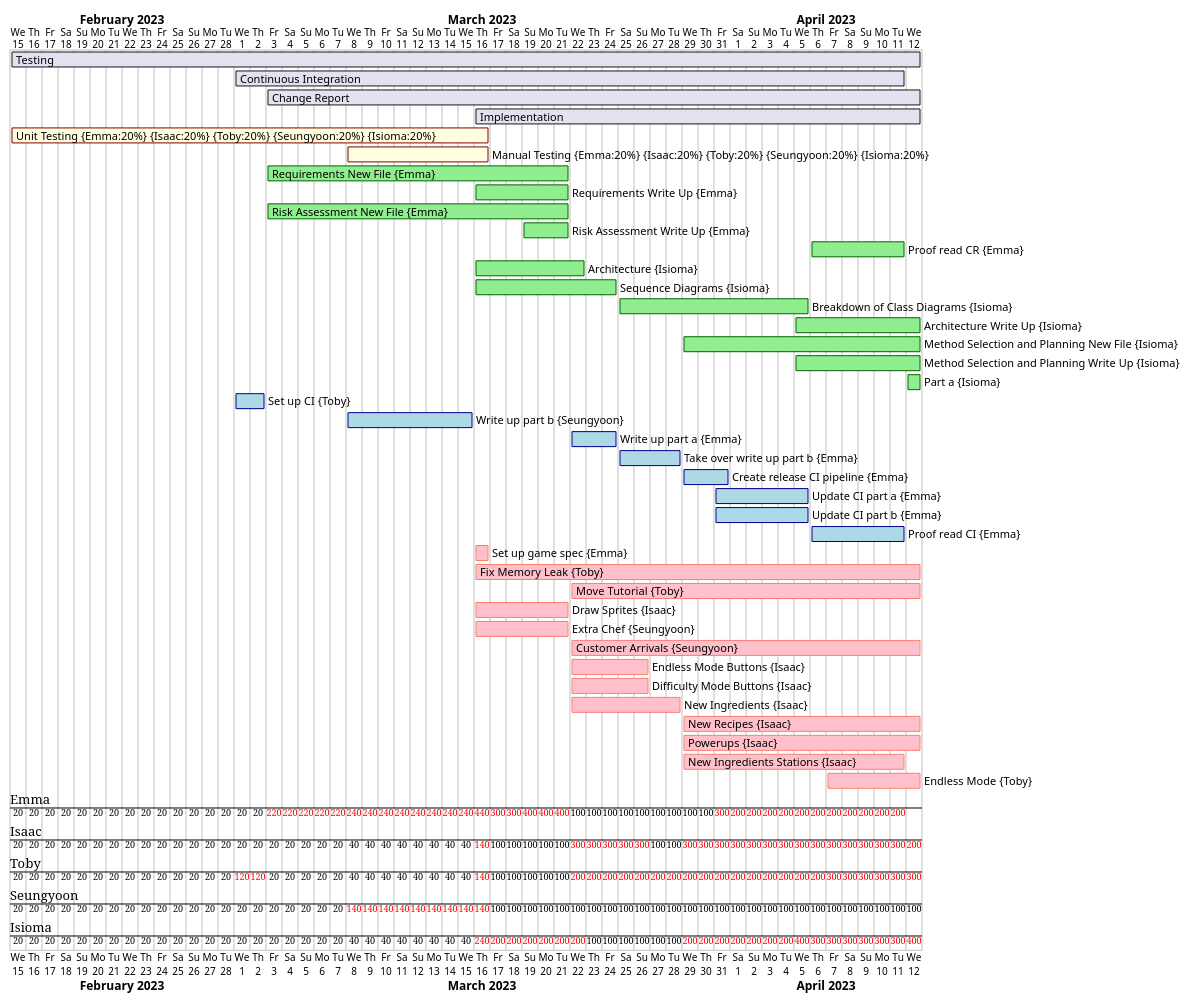
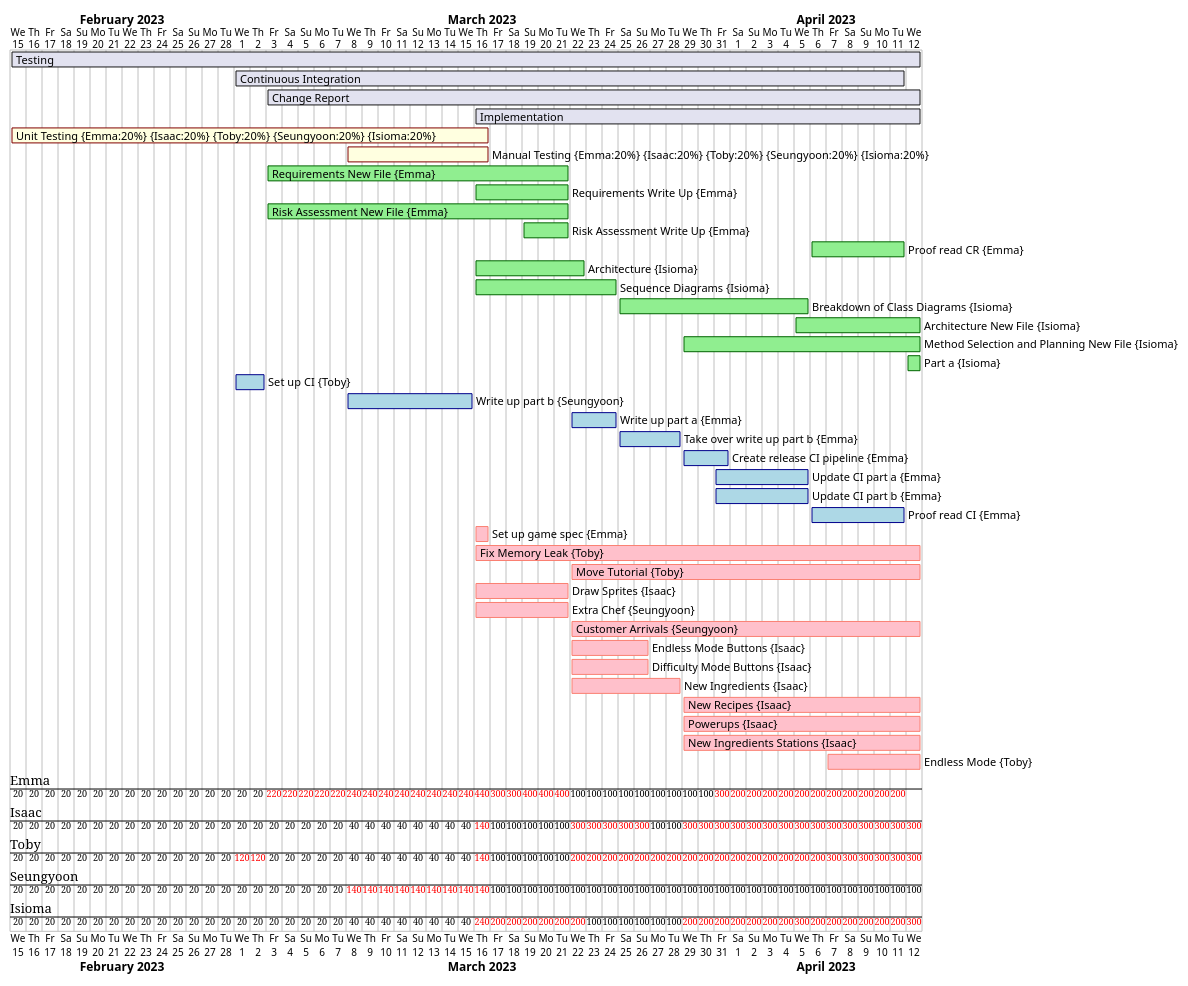
Before and after one commit to AsimovENG1/project_eng1_team3: the diagram in gantts/Week8.puml, drawn with PlantUML. The commit also changed 3 other files, not shown here.

Commit message:
Changing gantt charts to meet work

```diff
--- a/gantts/Week8.puml
+++ b/gantts/Week8.puml
@@ -1,52 +1,51 @@
 @startgantt
 
 Project starts 2023-02-15
 
 [Testing] starts 2023-02-15
 [Testing] lasts 57 days
 [Continuous Integration] starts 2023-03-01
 [Continuous Integration] lasts 42 days
 [Change Report] starts 2023-03-03
 [Change Report] lasts 41 days
 [Implementation] starts 2023-03-16
 [Implementation] lasts 28 days
 
 [Unit Testing] on {Emma:20%} {Isaac:20%} {Toby:20%} {Seungyoon:20%} {Isioma:20%} starts 2023-02-15 and ends 2023-03-16 and is colored in LightYellow/Maroon
 [Manual Testing] on {Emma:20%} {Isaac:20%} {Toby:20%} {Seungyoon:20%} {Isioma:20%} starts 2023-03-08 and ends 2023-03-16 and is colored in LightYellow/Maroon
 
 [Requirements New File] on {Emma:100%} starts 2023-03-03 and ends 2023-03-21 and is colored in LightGreen/DarkGreen
 [Requirements Write Up] on {Emma:100%} starts 2023-03-16 and ends 2023-03-21 and is colored in LightGreen/DarkGreen
 [Risk Assessment New File] on {Emma:100%} starts 2023-03-03 and ends 2023-03-21 and is colored in LightGreen/DarkGreen
 [Risk Assessment Write Up] on {Emma:100%} starts 2023-03-19 and ends 2023-03-21 and is colored in LightGreen/DarkGreen
 [Proof read CR] on {Emma:100%} starts 2023-04-06 and ends 2023-04-11 and is colored in LightGreen/DarkGreen
 [Architecture] on {Isioma:100%} starts 2023-03-16 and ends 2023-03-22 and is colored in LightGreen/DarkGreen
 [Sequence Diagrams] on {Isioma:100%} starts 2023-03-16 and ends 2023-03-24 and is colored in LightGreen/DarkGreen
 [Breakdown of Class Diagrams] on {Isioma:100%} starts 2023-03-25 and ends 2023-04-05 and is colored in LightGreen/DarkGreen
-[Architecture Write Up] on {Isioma:100%} starts 2023-04-05 and ends 2023-04-12 and is colored in LightGreen/DarkGreen
+[Architecture New File] on {Isioma:100%} starts 2023-04-05 and ends 2023-04-12 and is colored in LightGreen/DarkGreen
 [Method Selection and Planning New File] on {Isioma:100%} starts 2023-03-29 and ends 2023-04-12 and is colored in LightGreen/DarkGreen
-[Method Selection and Planning Write Up] on {Isioma:100%} starts 2023-04-05 and ends 2023-04-12 and is colored in LightGreen/DarkGreen
 [Part a] on {Isioma:100%} starts 2023-04-12 and ends 2023-04-12 and is colored in LightGreen/DarkGreen
 
 [Set up CI] on {Toby:100%} starts 2023-03-01 and ends 2023-03-02 and is colored in LightBlue/DarkBlue
 [Write up part b] on {Seungyoon:100%} starts 2023-03-08 and ends 2023-03-15 and is colored in LightBlue/DarkBlue
 [Write up part a] on {Emma:100%} starts 2023-03-22 and ends 2023-03-24 and is colored in LightBlue/DarkBlue
 [Take over write up part b] on {Emma:100%} starts 2023-03-25 and ends 2023-03-28 and is colored in LightBlue/DarkBlue
 [Create release CI pipeline] on {Emma:100%} starts 2023-03-29 and ends 2023-03-31 and is colored in LightBlue/DarkBlue
 [Update CI part a] on {Emma:100%} starts 2023-03-31 and ends 2023-04-05 and is colored in LightBlue/DarkBlue
 [Update CI part b] on {Emma:100%} starts 2023-03-31 and ends 2023-04-05 and is colored in LightBlue/DarkBlue
 [Proof read CI] on {Emma:100%} starts 2023-04-06 and ends 2023-04-11 and is colored in LightBlue/DarkBlue
 
 [Set up game spec] on {Emma:100%} starts 2023-03-16 and ends 2023-03-16 and is colored in Pink/Salmon
 [Fix Memory Leak] on {Toby:100%} starts 2023-03-16 and ends 2023-04-12 and is colored in Pink/Salmon
 [Move Tutorial] on {Toby:100%} starts 2023-03-22 and ends 2023-04-12 and is colored in Pink/Salmon
 [Draw Sprites] on {Isaac:100%} starts 2023-03-16 and ends 2023-03-21 and is colored in Pink/Salmon
 [Extra Chef] on {Seungyoon:100%} starts 2023-03-16 and ends 2023-03-21 and is colored in Pink/Salmon
 [Customer Arrivals] on {Seungyoon:100%} starts 2023-03-22 and ends 2023-04-12 and is colored in Pink/Salmon
 [Endless Mode Buttons] on {Isaac:100%} starts 2023-03-22 and ends 2023-03-26 and is colored in Pink/Salmon
 [Difficulty Mode Buttons] on {Isaac:100%} starts 2023-03-22 and ends 2023-03-26 and is colored in Pink/Salmon
 [New Ingredients] on {Isaac:100%} starts 2023-03-22 and ends 2023-03-28 and is colored in Pink/Salmon
 [New Recipes] on {Isaac:100%} starts 2023-03-29 and ends 2023-04-12 and is colored in Pink/Salmon
 [Powerups] on {Isaac:100%} starts 2023-03-29 and ends 2023-04-12 and is colored in Pink/Salmon
-[New Ingredients Stations] on {Isaac:100%} starts 2023-03-29 and ends 2023-04-11 and is colored in Pink/Salmon
+[New Ingredients Stations] on {Isaac:100%} starts 2023-03-29 and ends 2023-04-12 and is colored in Pink/Salmon
 [Endless Mode] on {Toby:100%} starts 2023-04-07 and ends 2023-04-12 and is colored in Pink/Salmon
 @endgantt
```
